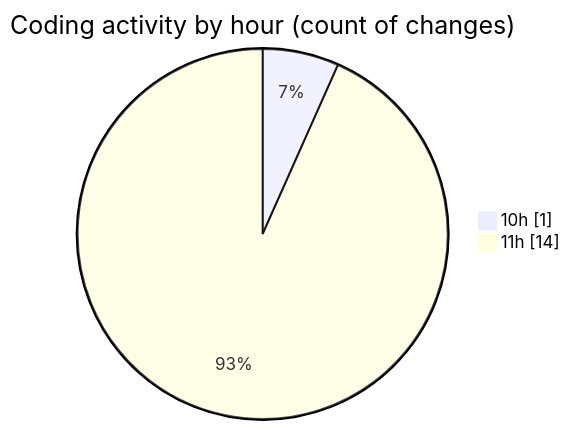
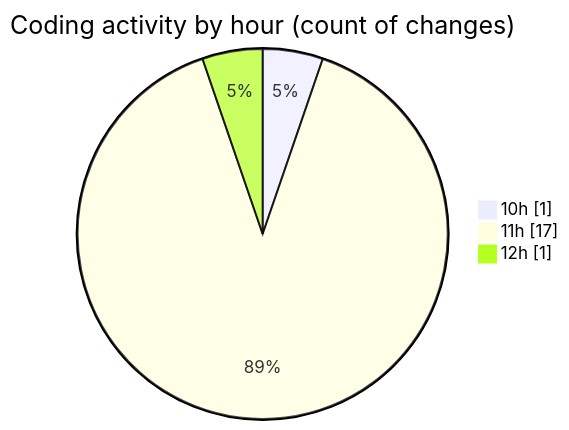
The second of 2 diagrams in 2026-05-19/nxtqube_webapp/README.md (nxtqubesakshisongat/code-tracking), drawn with Mermaid before and after one commit. The commit also changed other lines of this file and 1 other file, not shown here.

````diff
--- a/2026-05-19/nxtqube_webapp/README.md
+++ b/2026-05-19/nxtqube_webapp/README.md
@@ -32,6 +33,7 @@
 ```mermaid
 pie showData
 title Coding activity by hour (count of changes)
 "10h" : 1
-"11h" : 14
+"11h" : 17
+"12h" : 1
 ```
````
